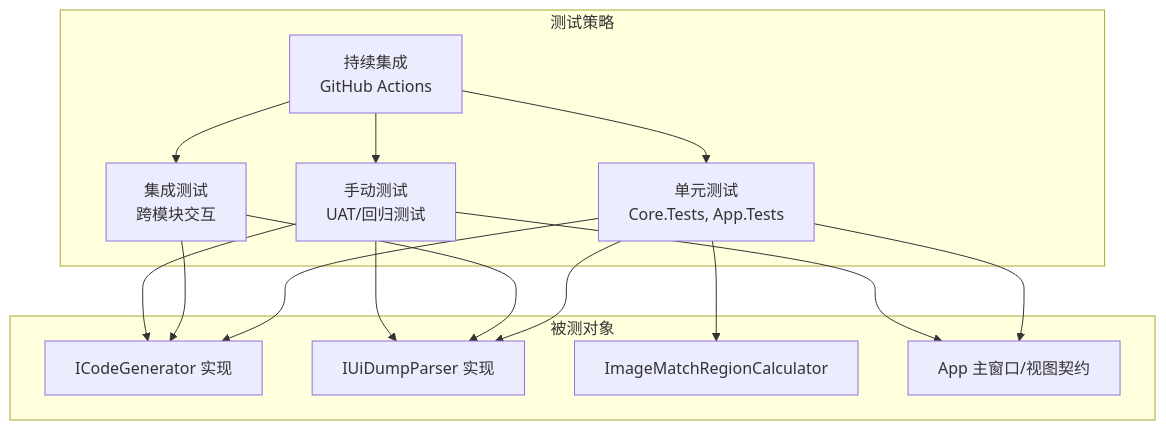
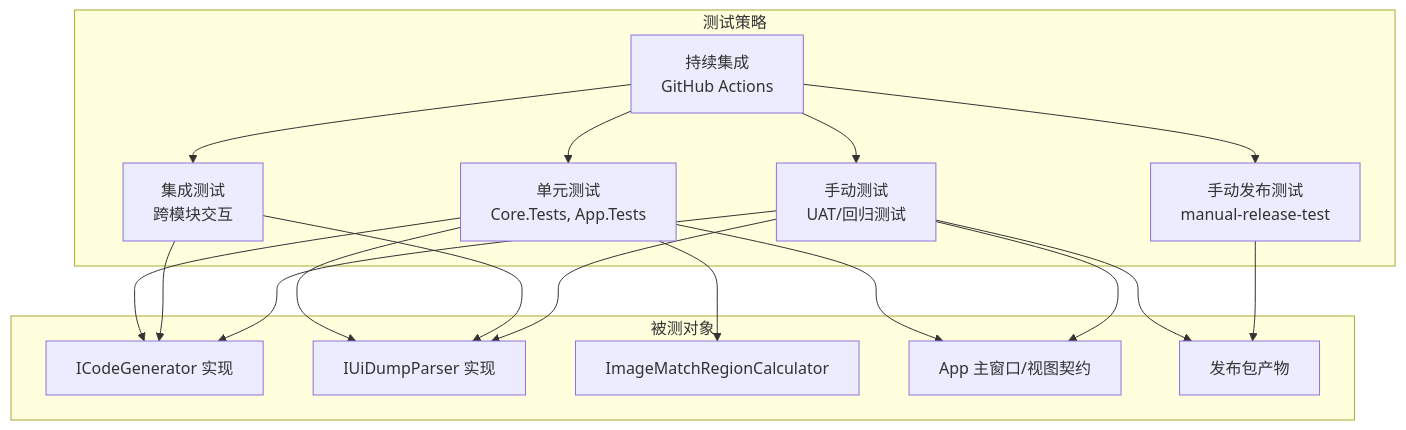
Before and after one commit to terwer/autojs6-dev-tools: the second of 4 diagrams in .qoder/repowiki/zh/content/开发指南/测试策略与质量保证.md, drawn with Mermaid. The commit also changed other lines of this file and 4 other files, not shown here.

````diff
--- a/.qoder/repowiki/zh/content/开发指南/测试策略与质量保证.md
+++ b/.qoder/repowiki/zh/content/开发指南/测试策略与质量保证.md
@@ -107,27 +149,32 @@
 ```mermaid
 graph TB
 subgraph "测试策略"
 UT["单元测试<br/>Core.Tests, App.Tests"]
 IT["集成测试<br/>跨模块交互"]
 MT["手动测试<br/>UAT/回归测试"]
 CI["持续集成<br/>GitHub Actions"]
+MRT["手动发布测试<br/>manual-release-test"]
 end
 subgraph "被测对象"
 GEN["ICodeGenerator 实现"]
 PARSER["IUiDumpParser 实现"]
 CALC["ImageMatchRegionCalculator"]
 UI["App 主窗口/视图契约"]
+PKG["发布包产物"]
 end
 UT --> GEN
 UT --> PARSER
 UT --> CALC
 UT --> UI
 IT --> GEN
 IT --> PARSER
 MT --> UI
 MT --> GEN
 MT --> PARSER
+MT --> PKG
 CI --> UT
 CI --> IT
 CI --> MT
+CI --> MRT
+MRT --> PKG
 ```
````
